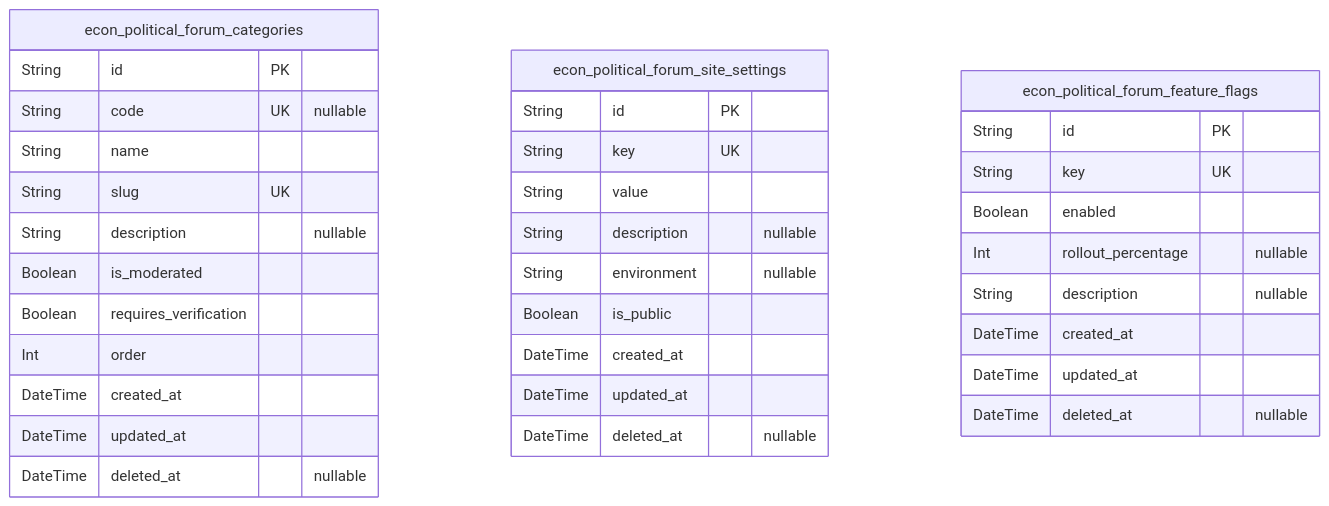
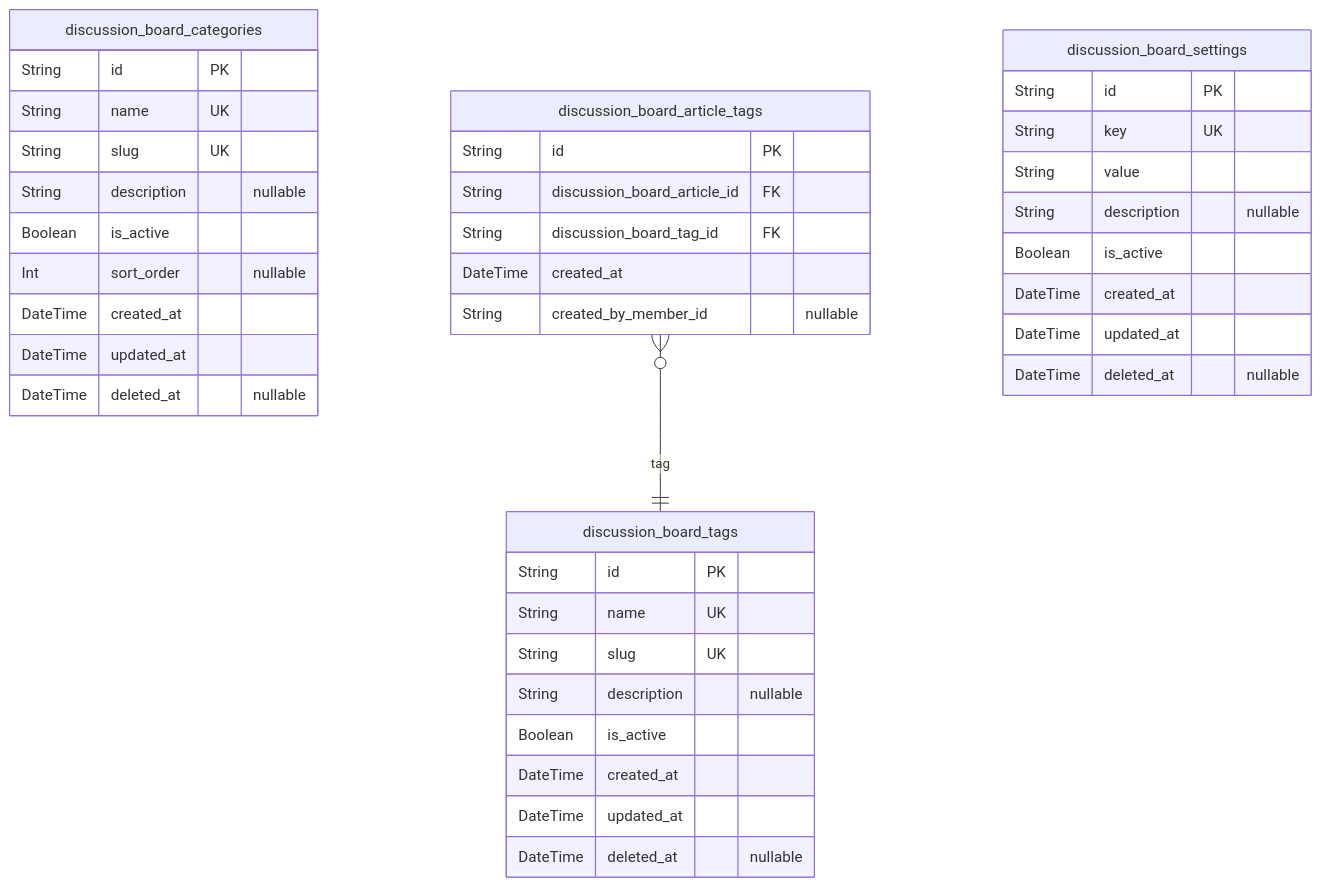
The first of 7 diagrams in openai/gpt-5-mini/bbs/docs/ERD.md (wrtnlabs/autobe-examples), drawn with Mermaid before and after one commit. The commit also changed other lines of this file and 16146 other files, not shown here.

````diff
--- a/openai/gpt-5-mini/bbs/docs/ERD.md
+++ b/openai/gpt-5-mini/bbs/docs/ERD.md
@@ -16,37 +15,42 @@
 ```mermaid
 erDiagram
-"econ_political_forum_categories" {
+"discussion_board_categories" {
   String id PK
-  String code UK "nullable"
-  String name
+  String name UK
   String slug UK
   String description "nullable"
-  Boolean is_moderated
-  Boolean requires_verification
-  Int order
+  Boolean is_active
+  Int sort_order "nullable"
   DateTime created_at
   DateTime updated_at
   DateTime deleted_at "nullable"
 }
-"econ_political_forum_site_settings" {
+"discussion_board_tags" {
+  String id PK
+  String name UK
+  String slug UK
+  String description "nullable"
+  Boolean is_active
+  DateTime created_at
+  DateTime updated_at
+  DateTime deleted_at "nullable"
+}
+"discussion_board_article_tags" {
+  String id PK
+  String discussion_board_article_id FK
+  String discussion_board_tag_id FK
+  DateTime created_at
+  String created_by_member_id "nullable"
+}
+"discussion_board_settings" {
   String id PK
   String key UK
   String value
   String description "nullable"
-  String environment "nullable"
-  Boolean is_public
+  Boolean is_active
   DateTime created_at
   DateTime updated_at
   DateTime deleted_at "nullable"
 }
-"econ_political_forum_feature_flags" {
-  String id PK
-  String key UK
-  Boolean enabled
-  Int rollout_percentage "nullable"
-  String description "nullable"
-  DateTime created_at
-  DateTime updated_at
-  DateTime deleted_at "nullable"
-}
+"discussion_board_article_tags" }o--|| "discussion_board_tags" : tag
 ```
````
